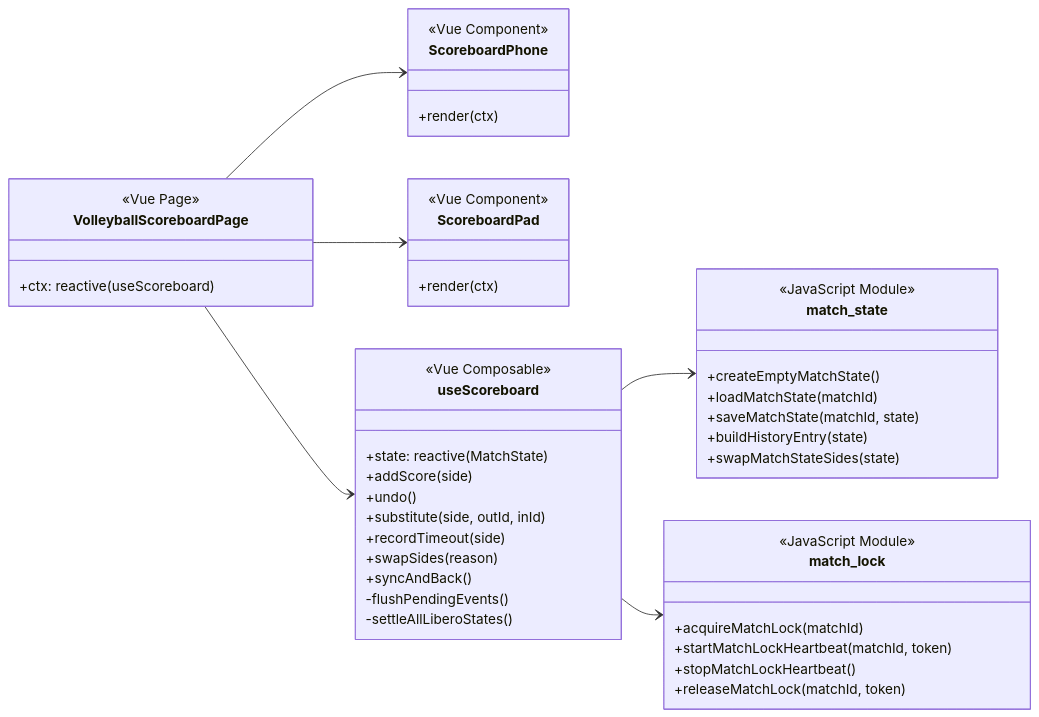
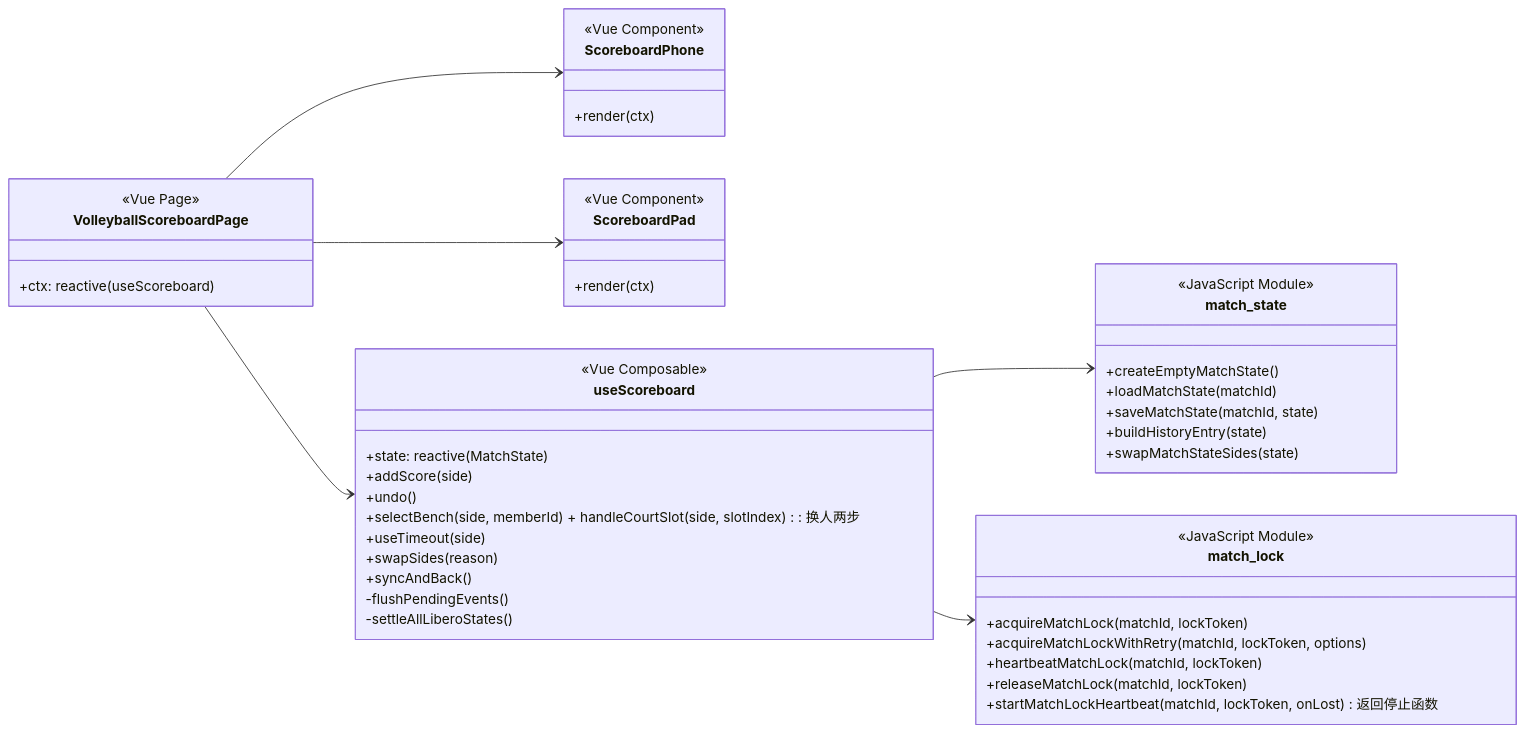
One commit to lijingyuu/Scoring changed the eighth of 10 diagrams in docs/类图.md. Above: the diagram before and after it, drawn with Mermaid. The commit also changed other lines of this file and 13 other files, not shown here.

First line of the commit message:
docs: 文档全量同步当前版本（限流/错误码/分段规则/撤销补偿/新类视图）

````diff
--- a/docs/类图.md
+++ b/docs/类图.md
@@ -665,55 +691,56 @@
 ```mermaid
 classDiagram
 direction LR
 
 class VolleyballScoreboardPage {
   <<Vue Page>>
   +ctx: reactive(useScoreboard)
 }
 
 class ScoreboardPhone {
   <<Vue Component>>
   +render(ctx)
 }
 
 class ScoreboardPad {
   <<Vue Component>>
   +render(ctx)
 }
 
 class useScoreboard {
   <<Vue Composable>>
   +state: reactive(MatchState)
   +addScore(side)
   +undo()
-  +substitute(side, outId, inId)
-  +recordTimeout(side)
+  +selectBench(side, memberId) + handleCourtSlot(side, slotIndex) : 换人两步
+  +useTimeout(side)
   +swapSides(reason)
   +syncAndBack()
   -flushPendingEvents()
   -settleAllLiberoStates()
 }
 
 class match_state {
   <<JavaScript Module>>
   +createEmptyMatchState()
   +loadMatchState(matchId)
   +saveMatchState(matchId, state)
   +buildHistoryEntry(state)
   +swapMatchStateSides(state)
 }
 
 class match_lock {
   <<JavaScript Module>>
-  +acquireMatchLock(matchId)
-  +startMatchLockHeartbeat(matchId, token)
-  +stopMatchLockHeartbeat()
-  +releaseMatchLock(matchId, token)
+  +acquireMatchLock(matchId, lockToken)
+  +acquireMatchLockWithRetry(matchId, lockToken, options)
+  +heartbeatMatchLock(matchId, lockToken)
+  +releaseMatchLock(matchId, lockToken)
+  +startMatchLockHeartbeat(matchId, lockToken, onLost) 返回停止函数
 }
 
 VolleyballScoreboardPage --> useScoreboard
 VolleyballScoreboardPage --> ScoreboardPhone
 VolleyballScoreboardPage --> ScoreboardPad
 useScoreboard --> match_state
 useScoreboard --> match_lock
 ```
````
